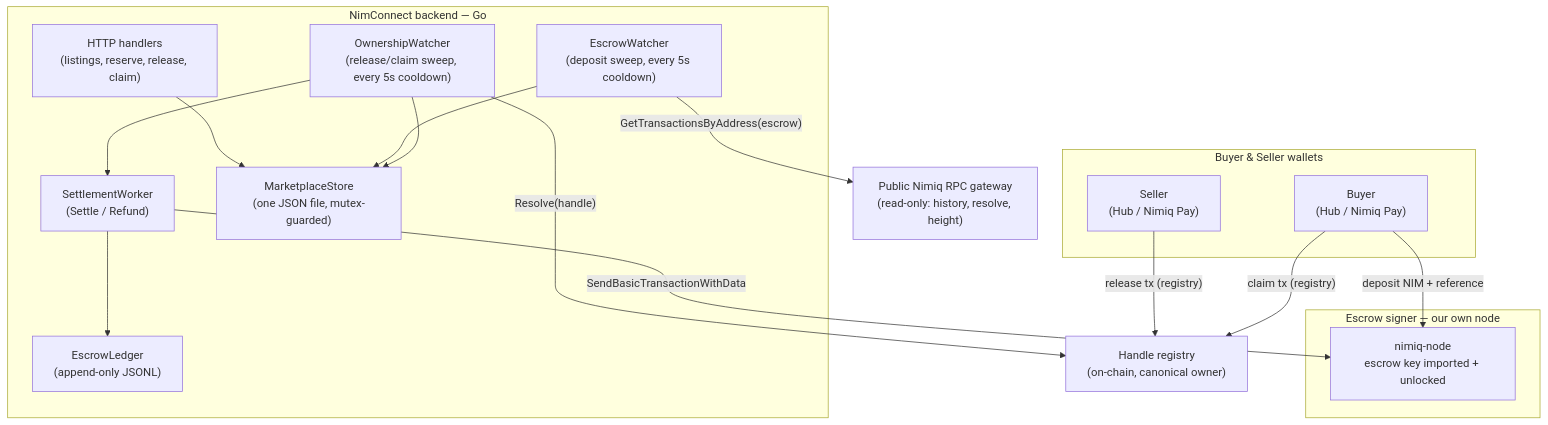
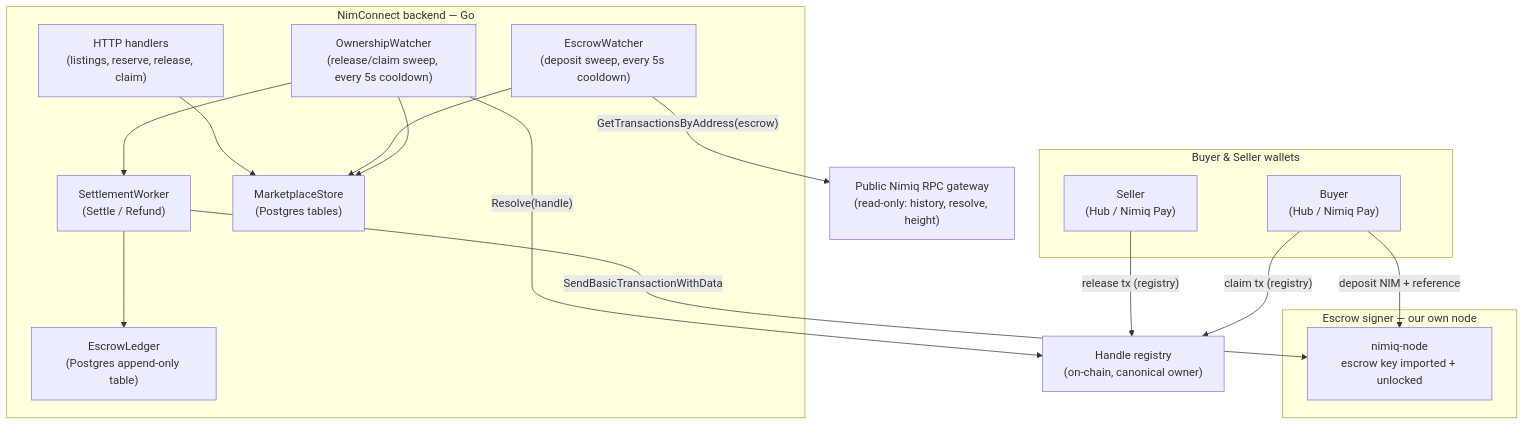
The first of 3 diagrams in docs/escrow-architecture.md (NimMiniApps/NimConnect), drawn with Mermaid before and after one commit. The commit also changed other lines of this file and 4 other files, not shown here.

````diff
--- a/docs/escrow-architecture.md
+++ b/docs/escrow-architecture.md
@@ -18,36 +23,36 @@
 ```mermaid
 flowchart TB
     subgraph wallets [Buyer & Seller wallets]
         Buyer["Buyer<br/>(Hub / Nimiq Pay)"]
         Seller["Seller<br/>(Hub / Nimiq Pay)"]
     end
 
     subgraph backend [NimConnect backend — Go]
         Handlers["HTTP handlers<br/>(listings, reserve, release, claim)"]
         EscrowW["EscrowWatcher<br/>(deposit sweep, every 5s cooldown)"]
         OwnershipW["OwnershipWatcher<br/>(release/claim sweep, every 5s cooldown)"]
         Settlement["SettlementWorker<br/>(Settle / Refund)"]
-        Store["MarketplaceStore<br/>(one JSON file, mutex-guarded)"]
-        Ledger["EscrowLedger<br/>(append-only JSONL)"]
+        Store["MarketplaceStore<br/>(Postgres tables)"]
+        Ledger["EscrowLedger<br/>(Postgres append-only table)"]
     end
 
     subgraph escrow [Escrow signer — our own node]
         EscrowNode["nimiq-node<br/>escrow key imported + unlocked"]
     end
 
     PublicRPC["Public Nimiq RPC gateway<br/>(read-only: history, resolve, height)"]
     Registry["Handle registry<br/>(on-chain, canonical owner)"]
 
     Buyer -- "deposit NIM + reference" --> EscrowNode
     Seller -- "release tx (registry)" --> Registry
     Buyer -- "claim tx (registry)" --> Registry
 
     Handlers --> Store
     EscrowW -- "GetTransactionsByAddress(escrow)" --> PublicRPC
     OwnershipW -- "Resolve(handle)" --> Registry
     OwnershipW --> Settlement
     Settlement -- "SendBasicTransactionWithData" --> EscrowNode
     Settlement --> Ledger
     EscrowW --> Store
     OwnershipW --> Store
 ```
````
